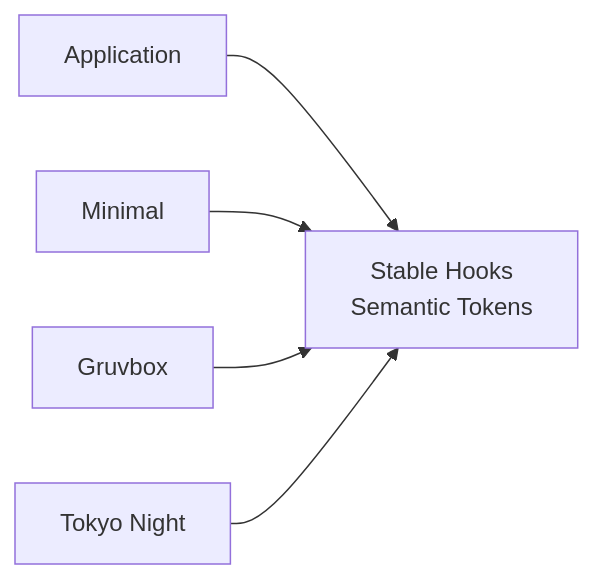
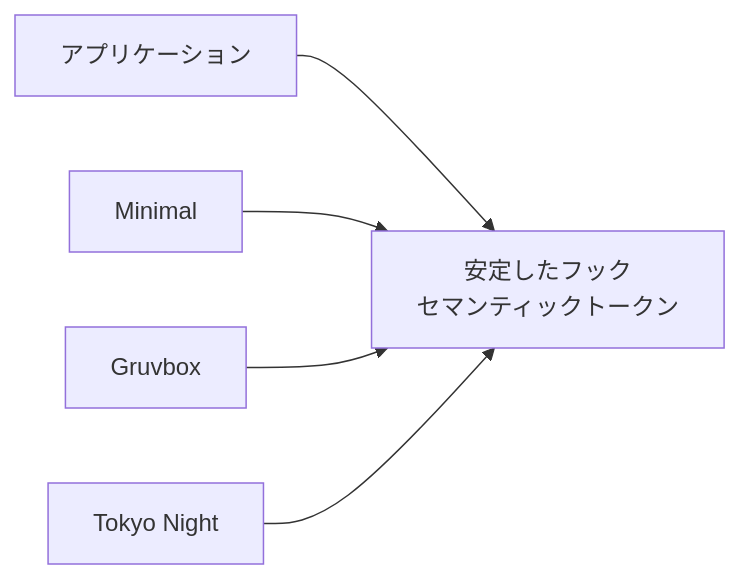
The ninth of 10 diagrams in docs/docs/reference/theme-api.ja.md (Rerurate514/riebeckite), drawn with Mermaid before and after one commit. The commit also changed other lines of this file and 310 other files, not shown here.

````diff
--- a/docs/docs/reference/theme-api.ja.md
+++ b/docs/docs/reference/theme-api.ja.md
@@ -990,15 +816,15 @@
 ```mermaid id="jfsn6x"
 flowchart LR
-    App["Application"]
-    Contract["Stable Hooks<br/>Semantic Tokens"]
+    App["アプリケーション"]
+    Contract["安定したフック<br/>セマンティックトークン"]
 
     ThemeA["Minimal"]
     ThemeB["Gruvbox"]
     ThemeC["Tokyo Night"]
 
     App --> Contract
 
     ThemeA --> Contract
     ThemeB --> Contract
     ThemeC --> Contract
 ```
````
